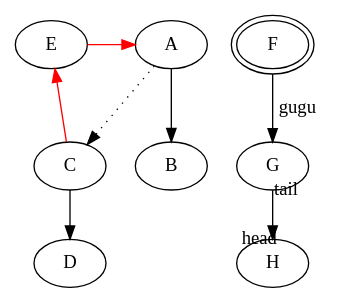
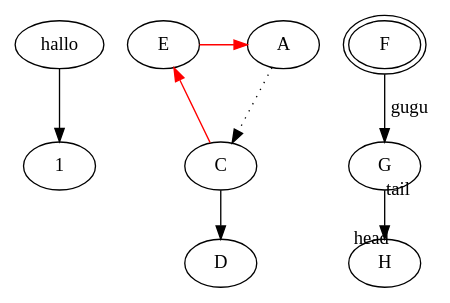
One commit to Sciss/HistoricalCode changed the diagram in LucreData/src/main/resources/test.dot. Above: the diagram before and after it, drawn with Graphviz. The commit also changed 1 other file, not shown here.

Commit message:
basic graphviz

```diff
--- a/LucreData/src/main/resources/test.dot
+++ b/LucreData/src/main/resources/test.dot
@@ -1,16 +1,17 @@
 digraph Tree {
-    A -> B
+    0 [label="hallo"]
+    0 -> 1
     A -> C [style=dotted]
     C -> D
     edge [color=red]
     C -> E
     subgraph {
         rank = same
         E -> A
     }
     F [peripheries=2]
     G; H
     edge [color=black]
     F -> G [label="gugu"]
     G -> H [headlabel="head", taillabel="tail" labelangle=90]
 }
```
